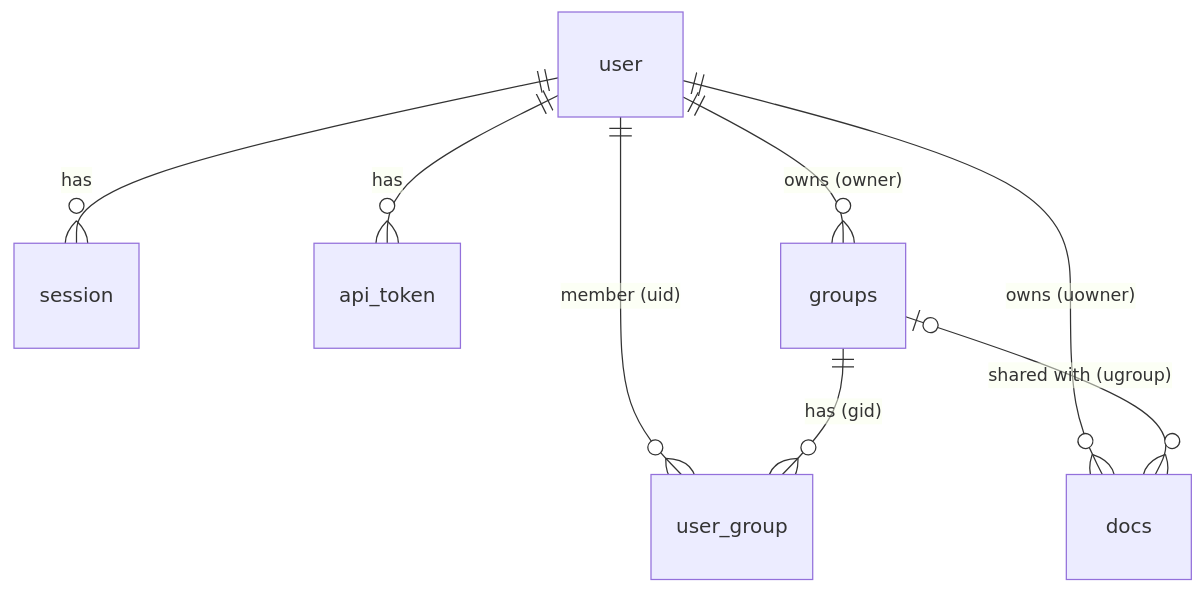
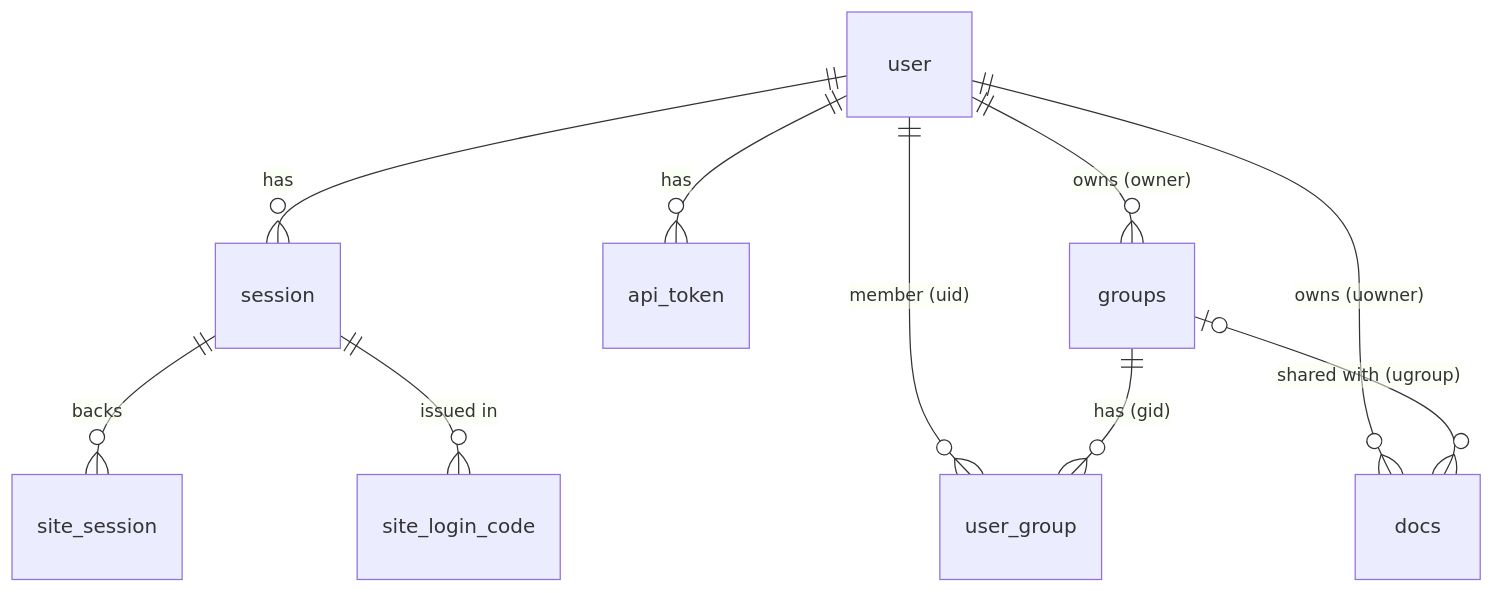
The diagram in docs/schema.md (gira0/open-pages), drawn with Mermaid before and after one commit. The commit also changed other lines of this file and 18 other files, not shown here.

First line of the commit message:
Per-site browser login handoff for non-public sites on the content host

````diff
--- a/docs/schema.md
+++ b/docs/schema.md
@@ -14,10 +14,12 @@
 ```mermaid
 erDiagram
     user ||--o{ session : "has"
+    session ||--o{ site_session : "backs"
+    session ||--o{ site_login_code : "issued in"
     user ||--o{ api_token : "has"
     user ||--o{ groups : "owns (owner)"
     user ||--o{ docs : "owns (uowner)"
     user ||--o{ user_group : "member (uid)"
     groups ||--o{ user_group : "has (gid)"
     groups |o--o{ docs : "shared with (ugroup)"
 ```
````
